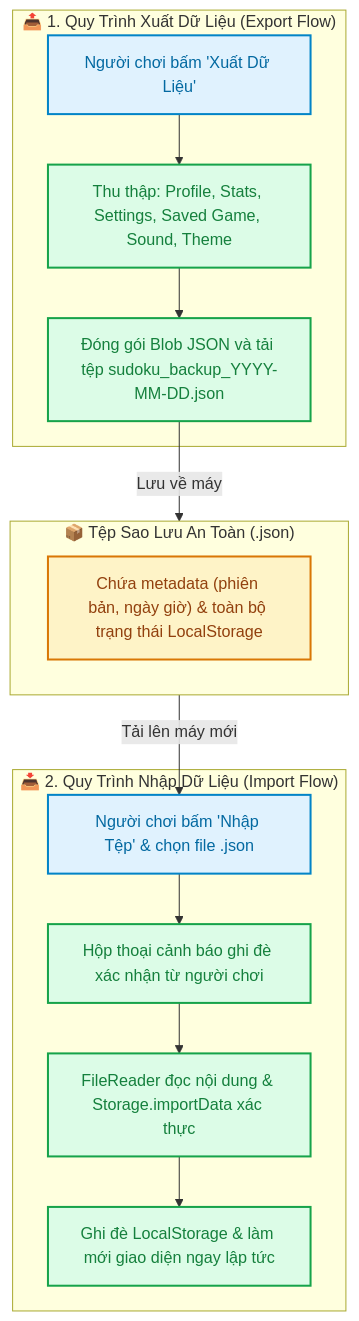
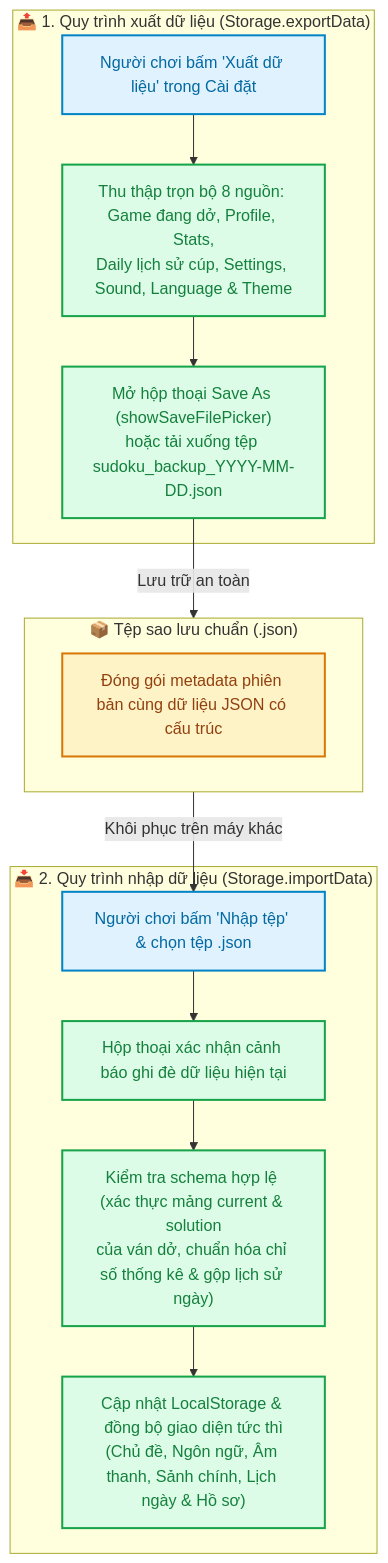
Before and after one commit to Jhanh/Sudoku_game: the third of 3 diagrams in docs/04_storage_and_scoring_models.md, drawn with Mermaid. The commit also changed other lines of this file and 4 other files, not shown here.

````diff
--- a/docs/04_storage_and_scoring_models.md
+++ b/docs/04_storage_and_scoring_models.md
@@ -115,32 +134,32 @@
 ```mermaid
 flowchart TD
     classDef client fill:#E0F2FE,stroke:#0284C7,stroke-width:2px,color:#0369A1;
     classDef file fill:#FEF3C7,stroke:#D97706,stroke-width:2px,color:#92400E;
     classDef system fill:#DCFCE7,stroke:#16A34A,stroke-width:2px,color:#15803D;
 
-    subgraph EXPORT_FLOW ["📤 1. Quy Trình Xuất Dữ Liệu (Export Flow)"]
-        E_ACT["Người chơi bấm 'Xuất Dữ Liệu'"]
-        E_PKG["Thu thập: Profile, Stats, Settings, Saved Game, Sound, Theme"]
-        E_BLOB["Đóng gói Blob JSON và tải tệp sudoku_backup_YYYY-MM-DD.json"]
-        E_ACT --> E_PKG --> E_BLOB
+    subgraph EXPORT_FLOW ["📤 1. Quy trình xuất dữ liệu (Storage.exportData)"]
+        E_ACT["Người chơi bấm 'Xuất dữ liệu' trong Cài đặt"]
+        E_PKG["Thu thập trọn bộ 8 nguồn: Game đang dở, Profile, Stats,<br/>Daily lịch sử cúp, Settings, Sound, Language & Theme"]
+        E_SAVE["Mở hộp thoại Save As (showSaveFilePicker)<br/>hoặc tải xuống tệp sudoku_backup_YYYY-MM-DD.json"]
+        E_ACT --> E_PKG --> E_SAVE
     end
 
-    subgraph BACKUP_FILE ["📦 Tệp Sao Lưu An Toàn (.json)"]
-        F_CONTENT["Chứa metadata (phiên bản, ngày giờ) & toàn bộ trạng thái LocalStorage"]
+    subgraph BACKUP_FILE ["📦 Tệp sao lưu chuẩn (.json)"]
+        F_CONTENT["Đóng gói metadata phiên bản cùng dữ liệu JSON có cấu trúc"]
     end
 
-    subgraph IMPORT_FLOW ["📥 2. Quy Trình Nhập Dữ Liệu (Import Flow)"]
-        I_ACT["Người chơi bấm 'Nhập Tệp' & chọn file .json"]
-        I_CONFIRM["Hộp thoại cảnh báo ghi đè xác nhận từ người chơi"]
-        I_PARSE["FileReader đọc nội dung & Storage.importData xác thực"]
-        I_HYDRATE["Ghi đè LocalStorage & làm mới giao diện ngay lập tức"]
-        I_ACT --> I_CONFIRM --> I_PARSE --> I_HYDRATE
+    subgraph IMPORT_FLOW ["📥 2. Quy trình nhập dữ liệu (Storage.importData)"]
+        I_ACT["Người chơi bấm 'Nhập tệp' & chọn tệp .json"]
+        I_CONFIRM["Hộp thoại xác nhận cảnh báo ghi đè dữ liệu hiện tại"]
+        I_VALID["Kiểm tra schema hợp lệ (xác thực mảng current & solution<br/>của ván dở, chuẩn hóa chỉ số thống kê & gộp lịch sử ngày)"]
+        I_SYNC["Cập nhật LocalStorage & đồng bộ giao diện tức thì<br/>(Chủ đề, Ngôn ngữ, Âm thanh, Sảnh chính, Lịch ngày & Hồ sơ)"]
+        I_ACT --> I_CONFIRM --> I_VALID --> I_SYNC
     end
 
-    E_BLOB -->|Lưu về máy| BACKUP_FILE
-    BACKUP_FILE -->|Tải lên máy mới| I_ACT
+    E_SAVE -->|"Lưu trữ an toàn"| BACKUP_FILE
+    BACKUP_FILE -->|"Khôi phục trên máy khác"| I_ACT
 
     class E_ACT,I_ACT client;
     class F_CONTENT file;
-    class E_PKG,E_BLOB,I_CONFIRM,I_PARSE,I_HYDRATE system;
+    class E_PKG,E_SAVE,I_CONFIRM,I_VALID,I_SYNC system;
 ```
````
